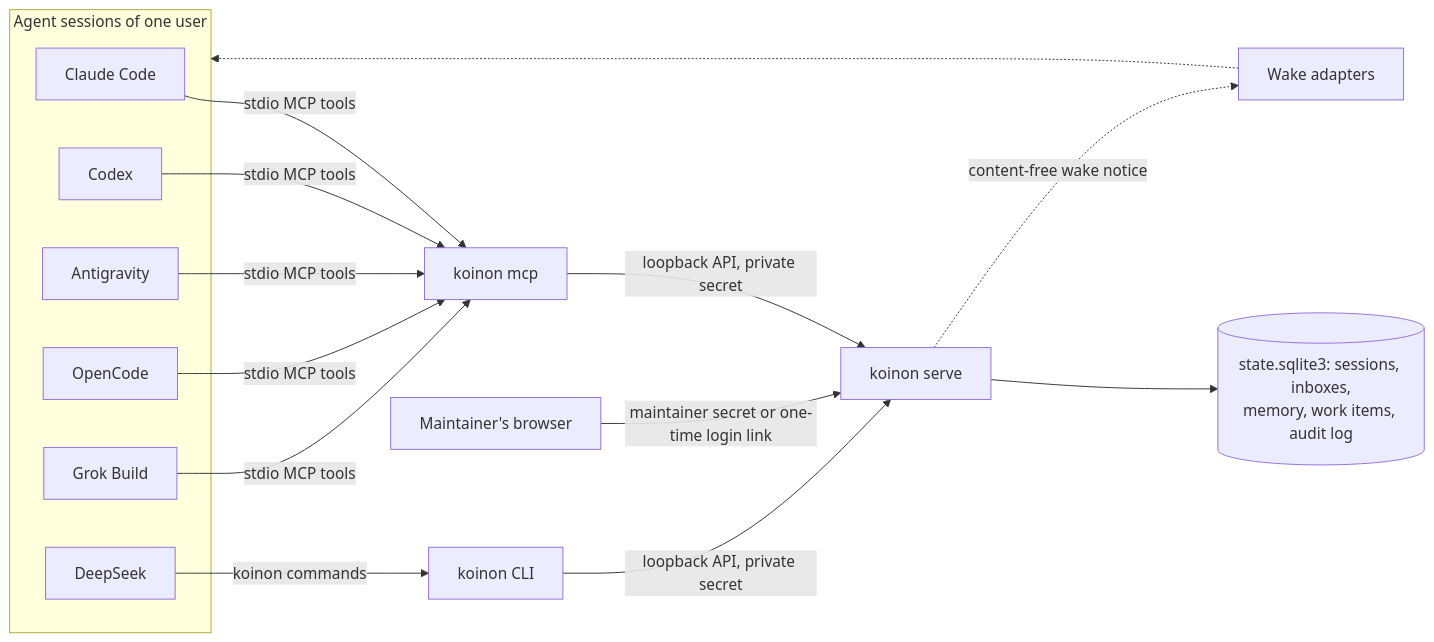
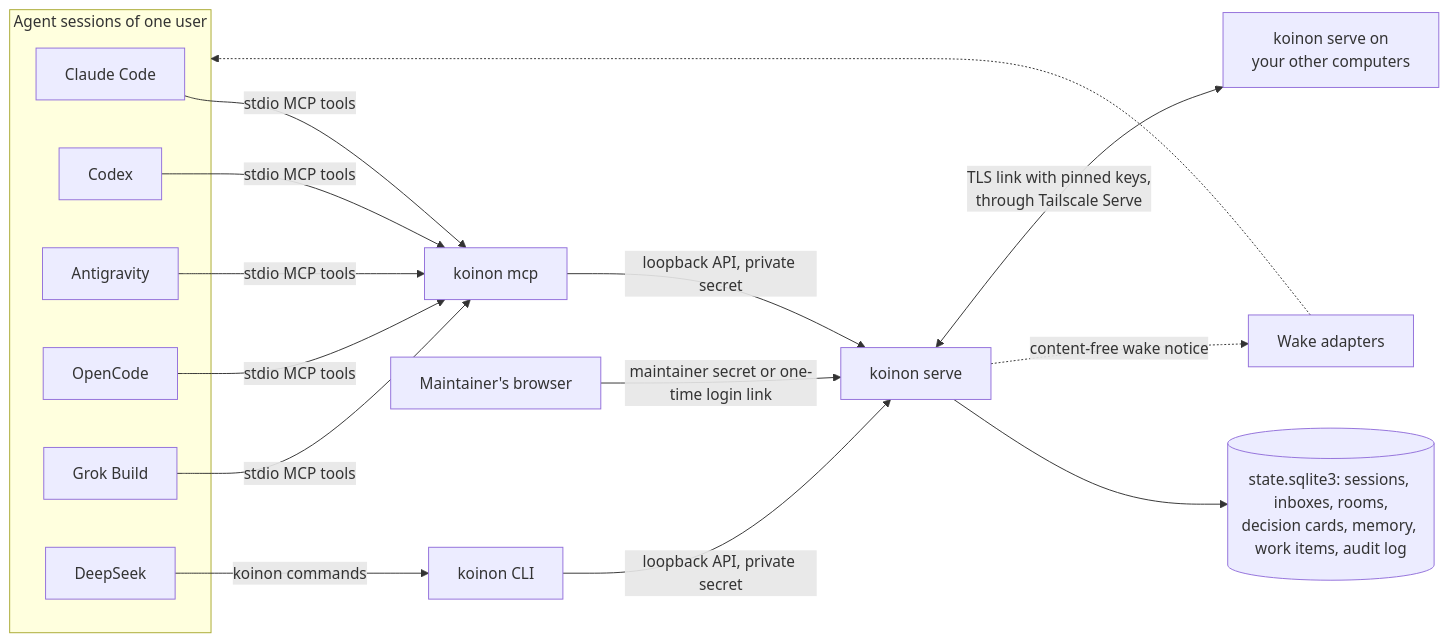
The diagram in README.md (rwcii/koinon), drawn with Mermaid before and after one commit. The commit also changed other lines of this file and 12 other files, not shown here.

````diff
--- a/README.md
+++ b/README.md
@@ -18,19 +19,20 @@
 ```mermaid
 flowchart LR
     subgraph sessions["Agent sessions of one user"]
         Claude[Claude Code]
         Codex[Codex]
         Agy[Antigravity]
         OpenCode[OpenCode]
         Grok[Grok Build]
         DeepSeek[DeepSeek]
     end
     Claude & Codex & Agy & OpenCode & Grok -->|stdio MCP tools| MCP[koinon mcp]
     DeepSeek -->|koinon commands| CLI[koinon CLI]
     MCP -->|loopback API, private secret| Daemon[koinon serve]
     CLI -->|loopback API, private secret| Daemon
     Browser[Maintainer's browser] -->|maintainer secret or one-time login link| Daemon
-    Daemon --> State[(state.sqlite3: sessions, inboxes,<br/>memory, work items, audit log)]
+    Daemon --> State[(state.sqlite3: sessions, inboxes, rooms,<br/>decision cards, memory, work items, audit log)]
     Daemon -.->|content-free wake notice| Wake[Wake adapters]
     Wake -.-> sessions
+    Daemon <-->|TLS link with pinned keys,<br/>through Tailscale Serve| Other[koinon serve on<br/>your other computers]
 ```
````
